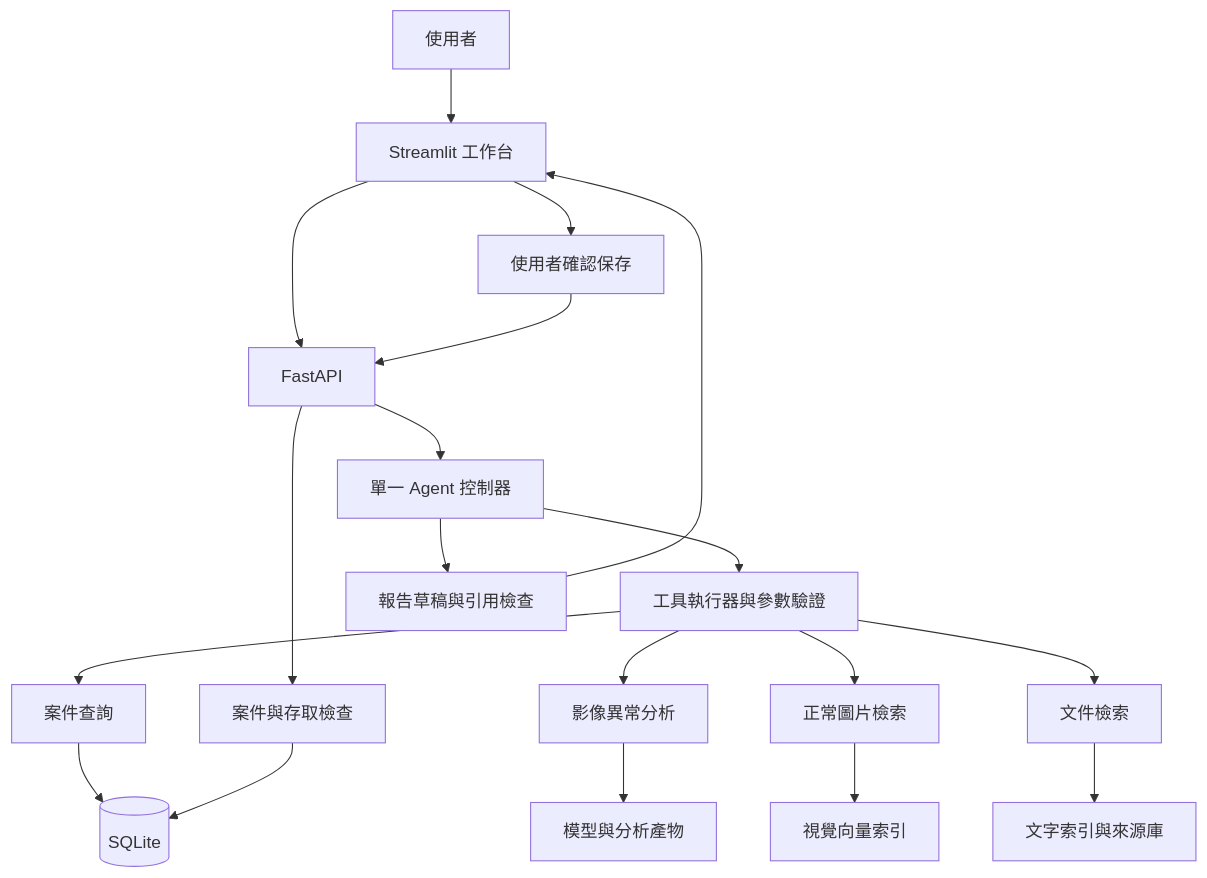
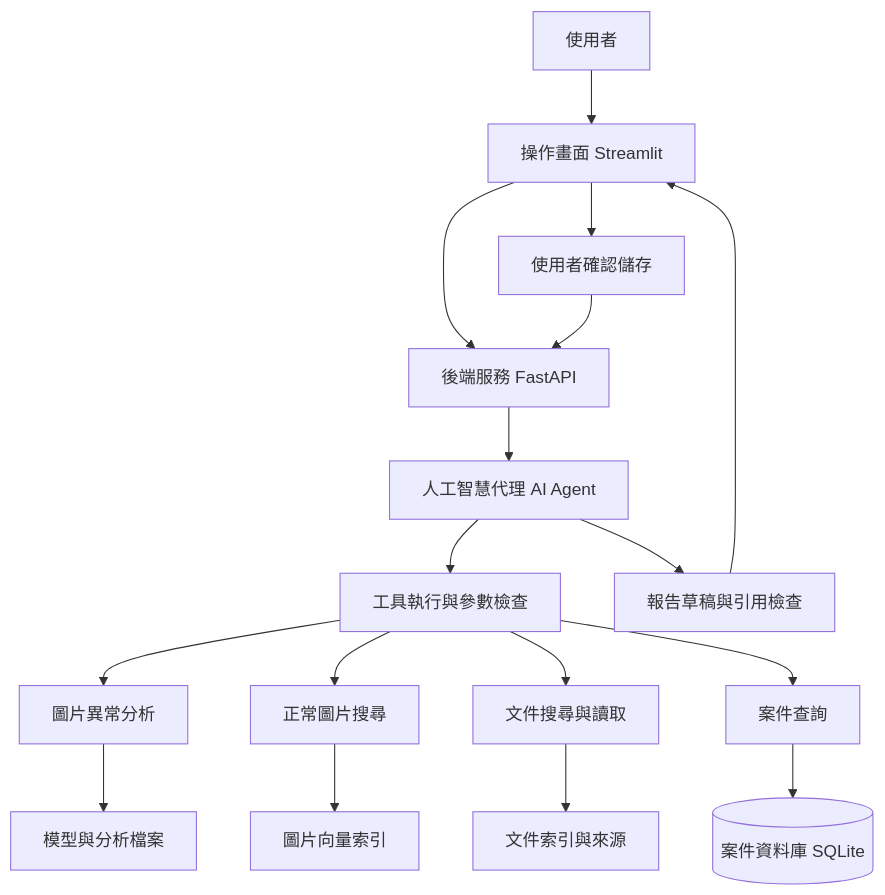
Before and after one commit to chelsietao/InspectRAG-Agent: the diagram in README.md, drawn with Mermaid. The commit also changed other lines of this file, not shown here.

````diff
--- a/README.md
+++ b/README.md
@@ -152,21 +167,19 @@
 ```mermaid
 flowchart TD
-    U[使用者] --> UI[Streamlit 工作台]
-    UI --> API[FastAPI]
-    API --> CASE[案件與存取檢查]
-    API --> AG[單一 Agent 控制器]
-    AG --> TOOL[工具執行器與參數驗證]
-    TOOL --> CV[影像異常分析]
-    TOOL --> IMG[正常圖片檢索]
-    TOOL --> RAG[文件檢索]
-    TOOL --> HIST[案件查詢]
-    CV --> FILE[模型與分析產物]
-    IMG --> VI[視覺向量索引]
-    RAG --> TI[文字索引與來源庫]
-    HIST --> DB[(SQLite)]
-    CASE --> DB
-    AG --> DRAFT[報告草稿與引用檢查]
-    DRAFT --> UI
-    UI --> CONFIRM[使用者確認保存]
-    CONFIRM --> API
+    U[使用者] --> UI[操作畫面 Streamlit]
+    UI --> API[後端服務 FastAPI]
+    API --> AG[人工智慧代理 AI Agent]
+    AG --> TOOL[工具執行與參數檢查]
+    TOOL --> CV[圖片異常分析]
+    TOOL --> IMG[正常圖片搜尋]
+    TOOL --> DOC[文件搜尋與讀取]
+    TOOL --> CASE[案件查詢]
+    CV --> FILE[模型與分析檔案]
+    IMG --> VI[圖片向量索引]
+    DOC --> TI[文件索引與來源]
+    CASE --> DB[(案件資料庫 SQLite)]
+    AG --> REPORT[報告草稿與引用檢查]
+    REPORT --> UI
+    UI --> SAVE[使用者確認儲存]
+    SAVE --> API
 ```
````
